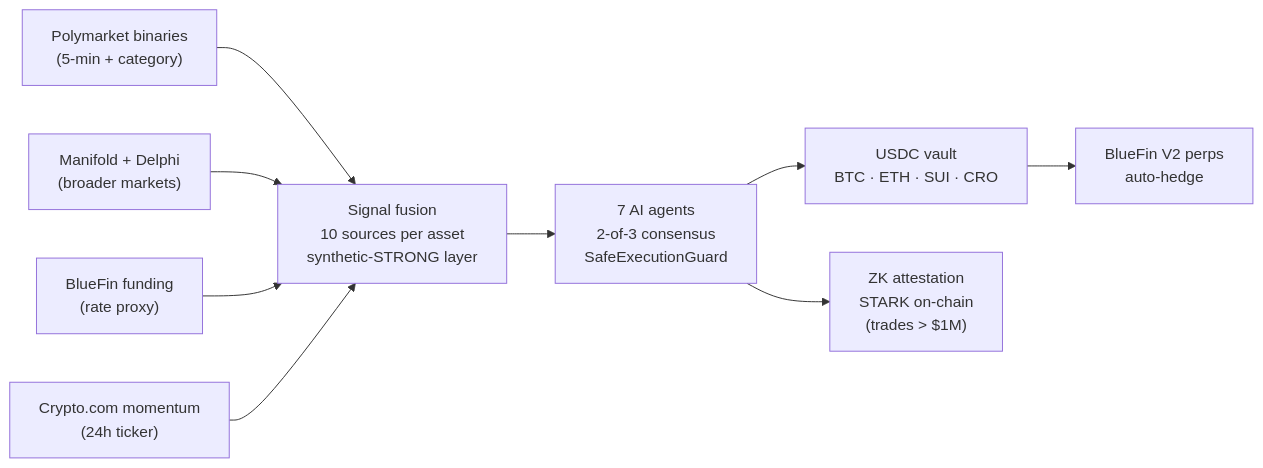
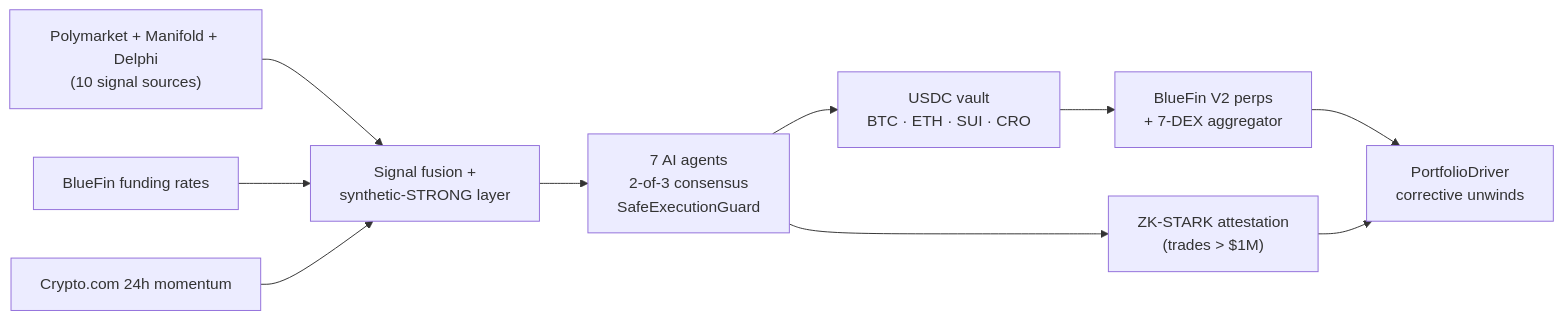
Before and after one commit to ZkVanguard/ZkVanguard: the diagram in README.md, drawn with Mermaid. The commit also changed other lines of this file, not shown here.

````diff
--- a/README.md
+++ b/README.md
@@ -43,11 +74,12 @@
 ```mermaid
 flowchart LR
-    PM["Polymarket binaries<br/>(5-min + category)"] --> SF
-    DP["Manifold + Delphi<br/>(broader markets)"] --> SF
-    BF["BlueFin funding<br/>(rate proxy)"] --> SF
-    CDC["Crypto.com momentum<br/>(24h ticker)"] --> SF
-    SF["Signal fusion<br/>10 sources per asset<br/>synthetic-STRONG layer"] --> AG
+    PM["Polymarket + Manifold + Delphi<br/>(10 signal sources)"] --> SF
+    BF["BlueFin funding rates"] --> SF
+    CDC["Crypto.com 24h momentum"] --> SF
+    SF["Signal fusion +<br/>synthetic-STRONG layer"] --> AG
     AG["7 AI agents<br/>2-of-3 consensus<br/>SafeExecutionGuard"] --> VA
-    AG --> ZK["ZK attestation<br/>STARK on-chain<br/>(trades > $1M)"]
-    VA["USDC vault<br/>BTC · ETH · SUI · CRO"] --> PERP["BlueFin V2 perps<br/>auto-hedge"]
+    AG --> ZK["ZK-STARK attestation<br/>(trades > $1M)"]
+    VA["USDC vault<br/>BTC · ETH · SUI · CRO"] --> PERP["BlueFin V2 perps<br/>+ 7-DEX aggregator"]
+    PERP --> PD["PortfolioDriver<br/>corrective unwinds"]
+    ZK --> PD
 ```
````
